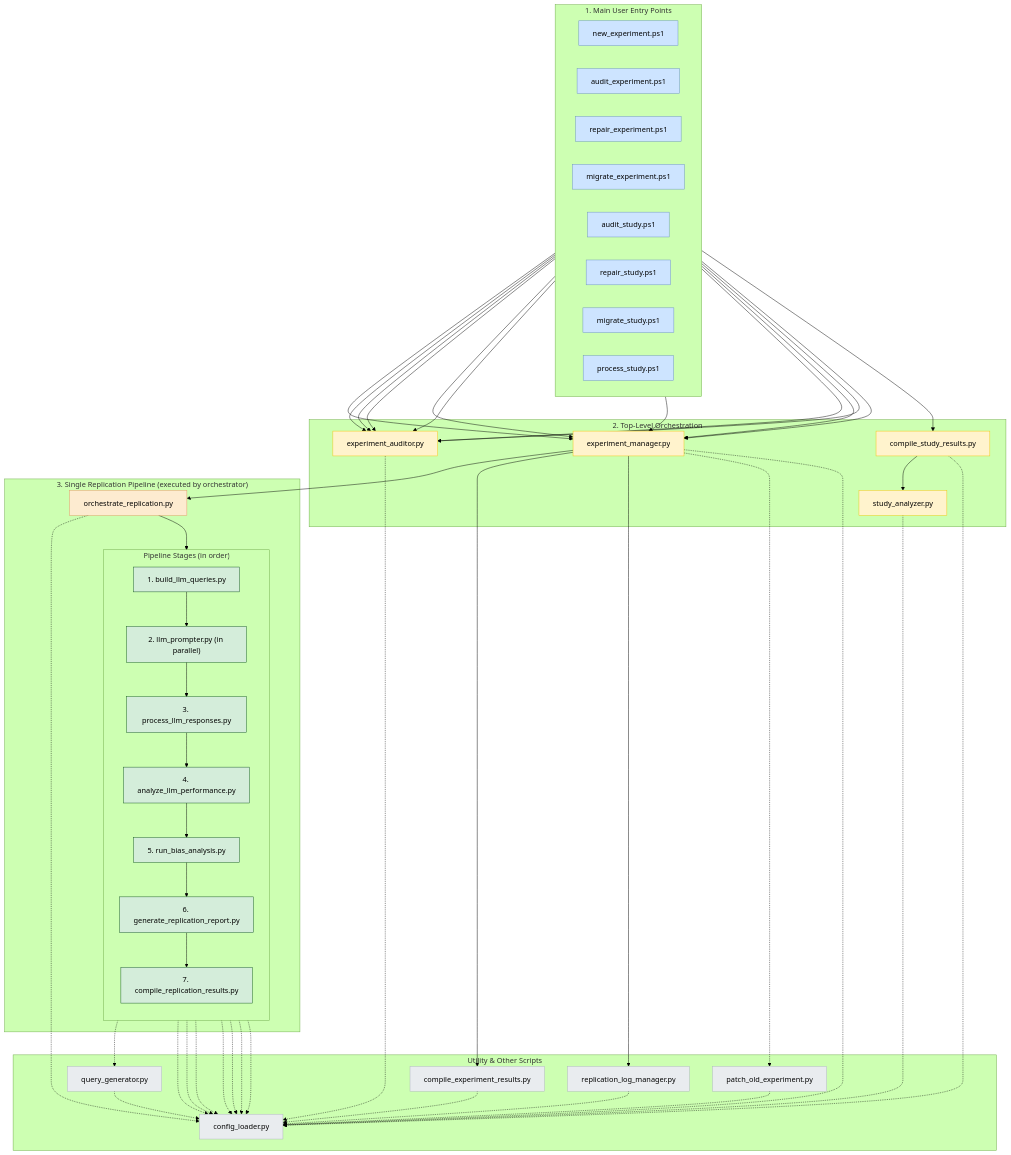
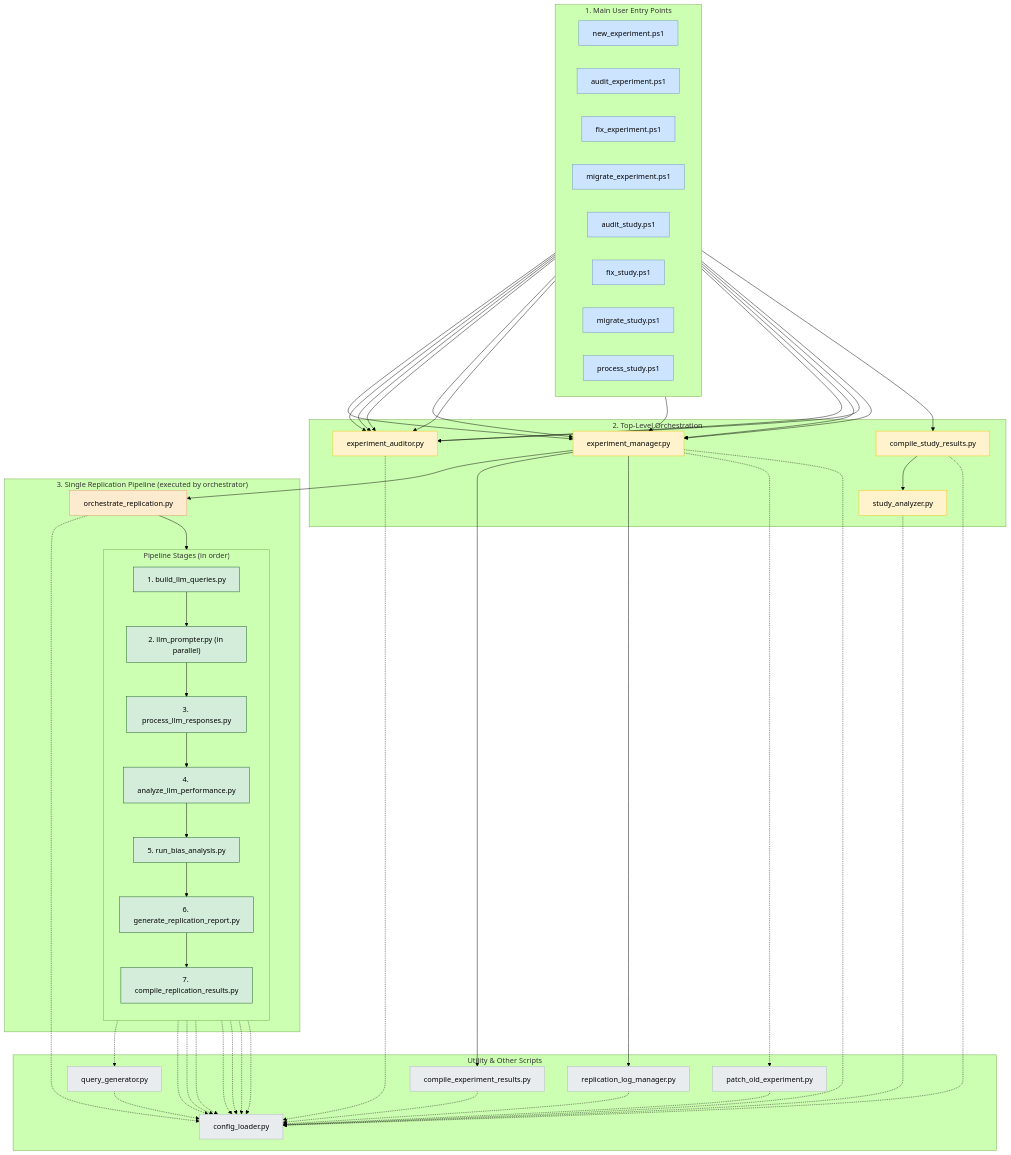
One commit to peterjmarko/llm-narrative-framework changed the diagram in docs/diagrams/arch_main_codebase.mmd. Above: the diagram before and after it, drawn with Mermaid (forest theme). The commit also changed 11 other files, not shown here.

```diff
--- a/docs/diagrams/arch_main_codebase.mmd
+++ b/docs/diagrams/arch_main_codebase.mmd
@@ -1,112 +1,112 @@
 graph TD
     subgraph "1. Main User Entry Points"
         direction LR
         new_experiment_ps1["new_experiment.ps1"]
         audit_experiment_ps1["audit_experiment.ps1"]
-        repair_experiment_ps1["repair_experiment.ps1"]
+        fix_experiment_ps1["fix_experiment.ps1"]
         migrate_experiment_ps1["migrate_experiment.ps1"]
         audit_study_ps1["audit_study.ps1"]
-        repair_study_ps1["repair_study.ps1"]
+        fix_study_ps1["fix_study.ps1"]
         migrate_study_ps1["migrate_study.ps1"]
         process_study_ps1["process_study.ps1"]
     end
 
     subgraph "2. Top-Level Orchestration"
         exp_manager["experiment_manager.py"]
         exp_auditor["experiment_auditor.py"]
         compile_study_results_py["compile_study_results.py"]
         study_analysis["study_analyzer.py"]
     end
 
     subgraph "3. Single Replication Pipeline (executed by orchestrator)"
         orchestrator["orchestrate_replication.py"]
         
         subgraph "Pipeline Stages (in order)"
             direction TB
             stage1["1. build_llm_queries.py"]
             stage2["2. llm_prompter.py (in parallel)"]
             stage3["3. process_llm_responses.py"]
             stage4["4. analyze_llm_performance.py"]
             stage4b["5. run_bias_analysis.py"]
             stage5["6. generate_replication_report.py"]
             stage6["7. compile_replication_results.py"]
         end
     end
 
     subgraph "Utility & Other Scripts"
         query_generator["query_generator.py"]
         log_manager["replication_log_manager.py"]
         compile_experiment["compile_experiment_results.py"]
         patch_old["patch_old_experiment.py"]
         config_loader["config_loader.py"]
     end
 
     %% --- Connections ---
     new_experiment_ps1 --> exp_manager
     
     audit_experiment_ps1 --> exp_auditor
     audit_study_ps1 --> exp_auditor
     
-    repair_experiment_ps1 --> exp_auditor
-    repair_experiment_ps1 --> exp_manager
-    repair_study_ps1 --> exp_auditor
-    repair_study_ps1 --> exp_manager
+    fix_experiment_ps1 --> exp_auditor
+    fix_experiment_ps1 --> exp_manager
+    fix_study_ps1 --> exp_auditor
+    fix_study_ps1 --> exp_manager
     
     migrate_experiment_ps1 --> exp_auditor
     migrate_experiment_ps1 --> exp_manager
     migrate_study_ps1 --> exp_auditor
     migrate_study_ps1 --> exp_manager
 
     process_study_ps1 --> compile_study_results_py
     compile_study_results_py --> study_analysis
 
     exp_manager --> orchestrator
     exp_manager --> compile_experiment
     exp_manager --> log_manager
     exp_manager -.-> patch_old
 
     %% Sequential Pipeline Execution
     orchestrator --> stage1
     stage1 --> stage2
     stage2 --> stage3
     stage3 --> stage4
     stage4 --> stage4b
     stage4b --> stage5
     stage5 --> stage6
 
     %% Worker Connections
     stage1 -.-> query_generator
 
     %% Import Connections (dotted)
     exp_manager & exp_auditor & orchestrator & stage1 & stage2 & stage3 & stage4 & stage4b & stage5 & stage6 & query_generator & log_manager & compile_experiment & compile_study_results_py & study_analysis & patch_old -.-> config_loader
 
     %% --- Inline Styling ---
     style new_experiment_ps1 fill:#cde4ff,stroke:#6c93be
     style audit_experiment_ps1 fill:#cde4ff,stroke:#6c93be
-    style repair_experiment_ps1 fill:#cde4ff,stroke:#6c93be
+    style fix_experiment_ps1 fill:#cde4ff,stroke:#6c93be
     style migrate_experiment_ps1 fill:#cde4ff,stroke:#6c93be
     style audit_study_ps1 fill:#cde4ff,stroke:#6c93be
-    style repair_study_ps1 fill:#cde4ff,stroke:#6c93be
+    style fix_study_ps1 fill:#cde4ff,stroke:#6c93be
     style migrate_study_ps1 fill:#cde4ff,stroke:#6c93be
     style process_study_ps1 fill:#cde4ff,stroke:#6c93be
 
     style exp_manager fill:#fff3cd,stroke:#f1c40f
     style exp_auditor fill:#fff3cd,stroke:#f1c40f
     style compile_study_results_py fill:#fff3cd,stroke:#f1c40f
     style study_analysis fill:#fff3cd,stroke:#f1c40f
     
     style orchestrator fill:#fdebd0,stroke:#e59866
     
     style stage1 fill:#d4edda,stroke:#155724
     style stage2 fill:#d4edda,stroke:#155724
     style stage3 fill:#d4edda,stroke:#155724
     style stage4 fill:#d4edda,stroke:#155724
     style stage4b fill:#d4edda,stroke:#155724
     style stage5 fill:#d4edda,stroke:#155724
     style stage6 fill:#d4edda,stroke:#155724
 
     style query_generator fill:#e9ecef,stroke:#adb5bd
     style log_manager fill:#e9ecef,stroke:#adb5bd
     style compile_experiment fill:#e9ecef,stroke:#adb5bd
     style patch_old fill:#e9ecef,stroke:#adb5bd
     style config_loader fill:#e9ecef,stroke:#adb5bd
```
